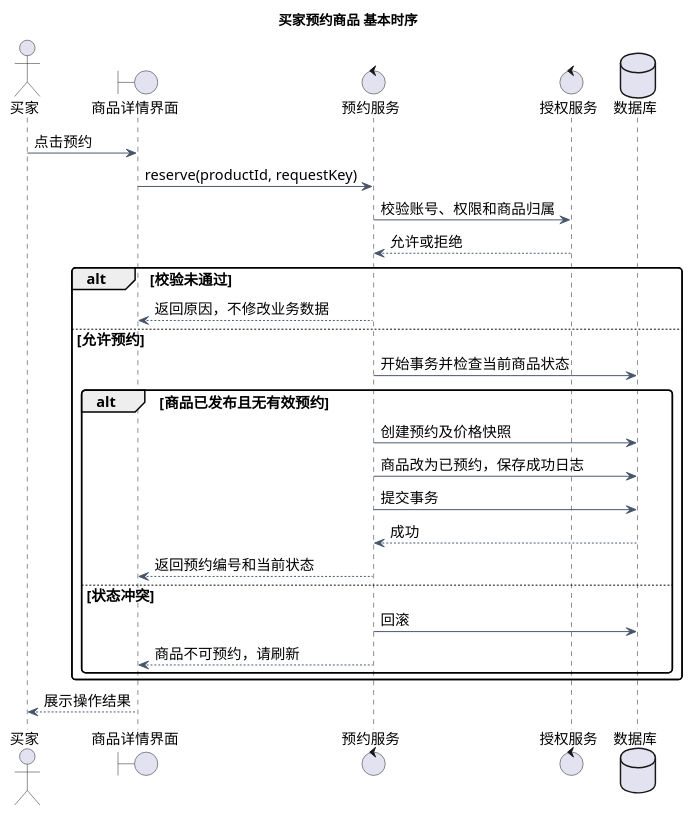
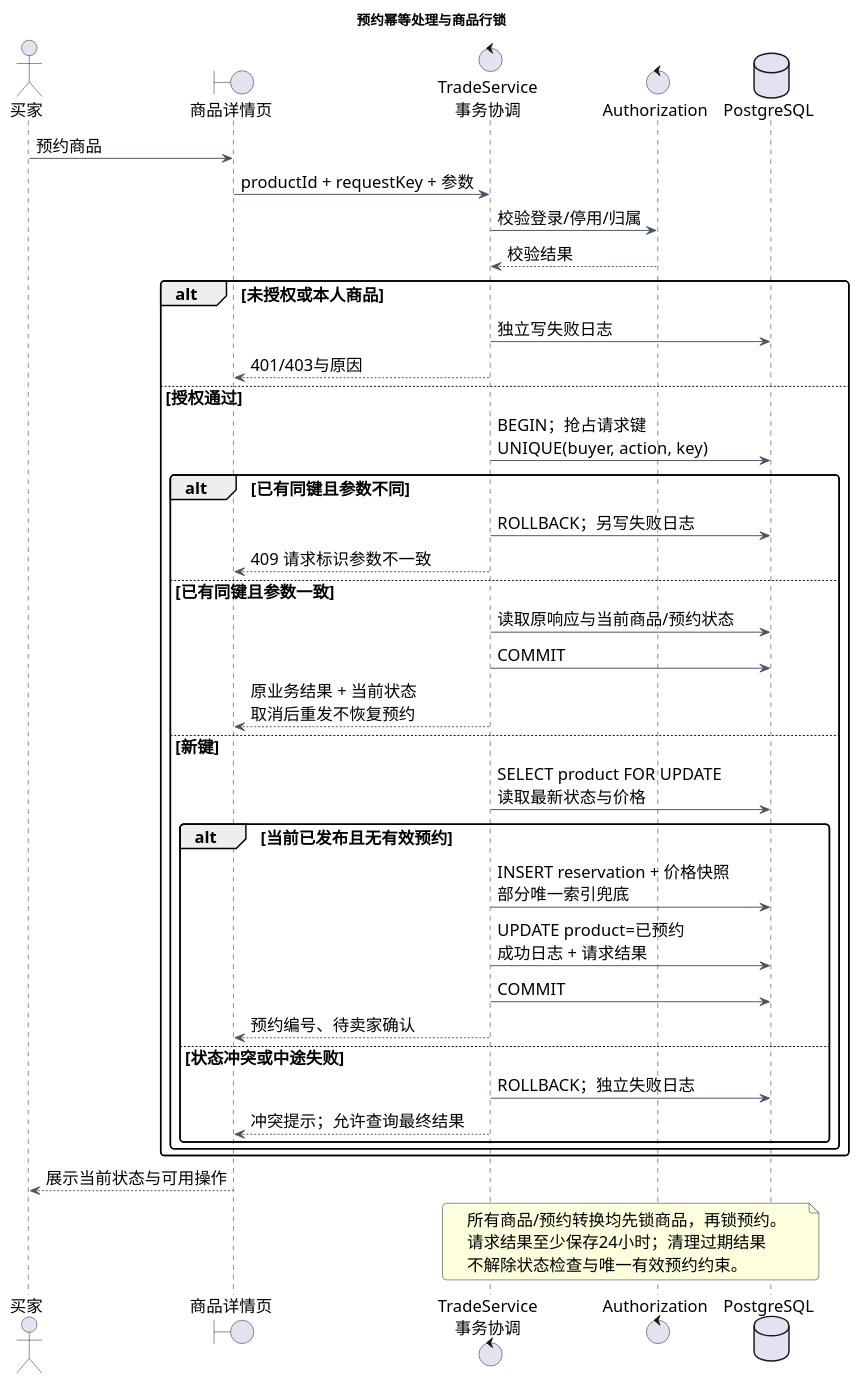
The diagram in lab2/UML/UML时序图.puml (ghost-register/software-engineering-lab1), drawn with PlantUML before and after one commit. The commit also changed 16 other files, not shown here.

```diff
--- a/lab2/UML/UML时序图.puml
+++ b/lab2/UML/UML时序图.puml
@@ -1,38 +1,53 @@
 @startuml
 skinparam defaultFontName Microsoft YaHei
+skinparam defaultFontSize 17
 skinparam backgroundColor white
 skinparam shadowing false
 skinparam roundcorner 8
 skinparam ArrowColor #475569
 skinparam classBackgroundColor #F1F5F9
 skinparam classBorderColor #64748B
 skinparam componentBackgroundColor #EFF6FF
 skinparam componentBorderColor #64748B
-skinparam defaultFontSize 15
-title 买家预约商品 基本时序
+title 预约幂等处理与商品行锁
 actor 买家 as B
-boundary 商品详情界面 as UI
-control 预约服务 as Trade
-control 授权服务 as Auth
-database 数据库 as DB
-B -> UI : 点击预约
-UI -> Trade : reserve(productId, requestKey)
-Trade -> Auth : 校验账号、权限和商品归属
-Auth --> Trade : 允许或拒绝
-alt 校验未通过
- Trade --> UI : 返回原因，不修改业务数据
-else 允许预约
- Trade -> DB : 开始事务并检查当前商品状态
- alt 商品已发布且无有效预约
-  Trade -> DB : 创建预约及价格快照
-  Trade -> DB : 商品改为已预约，保存成功日志
-  Trade -> DB : 提交事务
-  DB --> Trade : 成功
-  Trade --> UI : 返回预约编号和当前状态
- else 状态冲突
-  Trade -> DB : 回滚
-  Trade --> UI : 商品不可预约，请刷新
+boundary 商品详情页 as UI
+control "TradeService\n事务协调" as T
+control "Authorization" as A
+database PostgreSQL as DB
+B -> UI : 预约商品
+UI -> T : productId + requestKey + 参数
+T -> A : 校验登录/停用/归属
+A --> T : 校验结果
+alt 未授权或本人商品
+ T -> DB : 独立写失败日志
+ T --> UI : 401/403与原因
+else 授权通过
+ T -> DB : BEGIN；抢占请求键\nUNIQUE(buyer, action, key)
+ alt 已有同键且参数不同
+  T -> DB : ROLLBACK；另写失败日志
+  T --> UI : 409 请求标识参数不一致
+ else 已有同键且参数一致
+  T -> DB : 读取原响应与当前商品/预约状态
+  T -> DB : COMMIT
+  T --> UI : 原业务结果 + 当前状态\n取消后重发不恢复预约
+ else 新键
+  T -> DB : SELECT product FOR UPDATE\n读取最新状态与价格
+  alt 当前已发布且无有效预约
+   T -> DB : INSERT reservation + 价格快照\n部分唯一索引兜底
+   T -> DB : UPDATE product=已预约\n成功日志 + 请求结果
+   T -> DB : COMMIT
+   T --> UI : 预约编号、待卖家确认
+  else 状态冲突或中途失败
+   T -> DB : ROLLBACK；独立失败日志
+   T --> UI : 冲突提示；允许查询最终结果
+  end
  end
 end
-UI --> B : 展示操作结果
+UI --> B : 展示当前状态与可用操作
+note over T,DB
+所有商品/预约转换均先锁商品，再锁预约。
+请求结果至少保存24小时；清理过期结果
+不解除状态检查与唯一有效预约约束。
+end note
 @enduml
```
